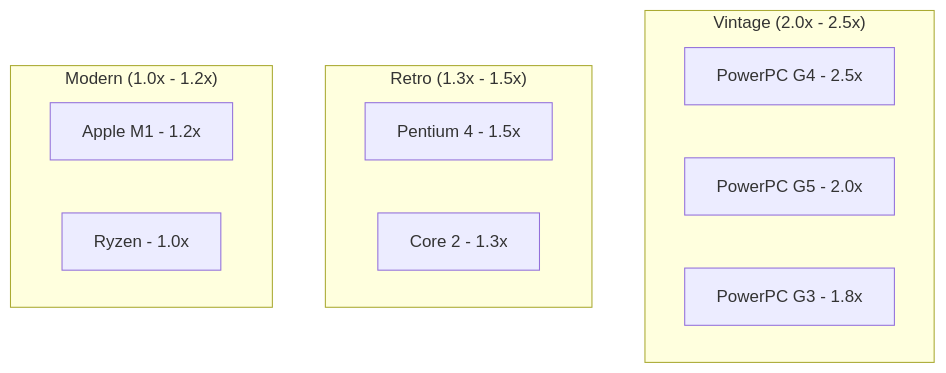
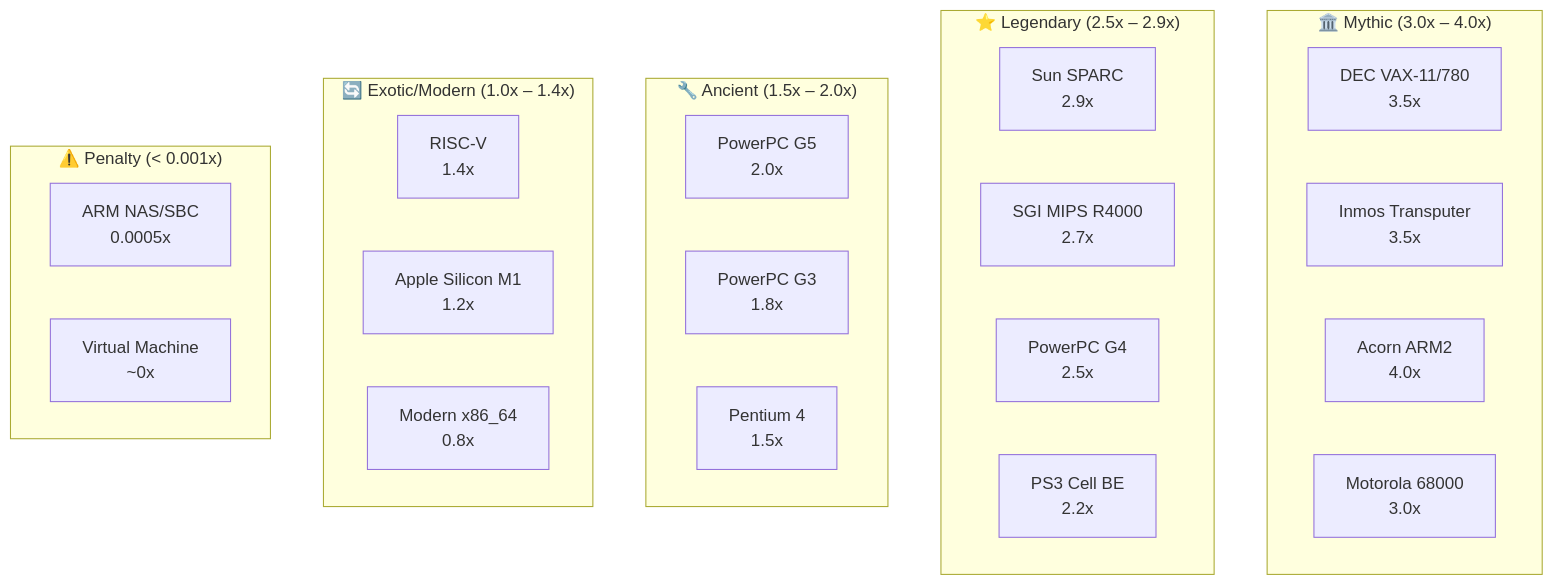
The third of 5 diagrams in docs/PROTOCOL.md (Scottcjn/Rustchain), drawn with Mermaid before and after one commit. The commit also changed other lines of this file, not shown here.

````diff
--- a/docs/PROTOCOL.md
+++ b/docs/PROTOCOL.md
@@ -117,18 +482,33 @@
 ```mermaid
 graph TD
-    subgraph Vintage ["Vintage (2.0x - 2.5x)"]
-        G4[PowerPC G4 - 2.5x]
-        G5[PowerPC G5 - 2.0x]
-        G3[PowerPC G3 - 1.8x]
+    subgraph Tier1["🏛️ Mythic (3.0x – 4.0x)"]
+        VAX["DEC VAX-11/780<br/>3.5x"]
+        TRANSPUTER["Inmos Transputer<br/>3.5x"]
+        ARM2["Acorn ARM2<br/>4.0x"]
+        M68K["Motorola 68000<br/>3.0x"]
     end
-    
-    subgraph Retro ["Retro (1.3x - 1.5x)"]
-        P4[Pentium 4 - 1.5x]
-        C2[Core 2 - 1.3x]
+
+    subgraph Tier2["⭐ Legendary (2.5x – 2.9x)"]
+        SPARC["Sun SPARC<br/>2.9x"]
+        MIPS["SGI MIPS R4000<br/>2.7x"]
+        G4["PowerPC G4<br/>2.5x"]
+        PS3["PS3 Cell BE<br/>2.2x"]
     end
-    
-    subgraph Modern ["Modern (1.0x - 1.2x)"]
-        M1[Apple M1 - 1.2x]
-        RZ[Ryzen - 1.0x]
+
+    subgraph Tier3["🔧 Ancient (1.5x – 2.0x)"]
+        G5["PowerPC G5<br/>2.0x"]
+        G3["PowerPC G3<br/>1.8x"]
+        P4["Pentium 4<br/>1.5x"]
+    end
+
+    subgraph Tier4["🔄 Exotic/Modern (1.0x – 1.4x)"]
+        RISC_V["RISC-V<br/>1.4x"]
+        M1["Apple Silicon M1<br/>1.2x"]
+        MODERN["Modern x86_64<br/>0.8x"]
+    end
+
+    subgraph Tier5["⚠️ Penalty (< 0.001x)"]
+        SBC["ARM NAS/SBC<br/>0.0005x"]
+        VM["Virtual Machine<br/>~0x"]
     end
 ```
````
